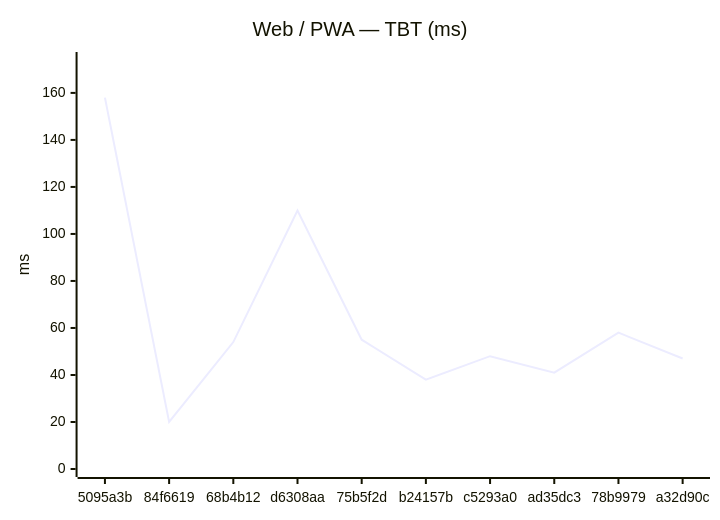
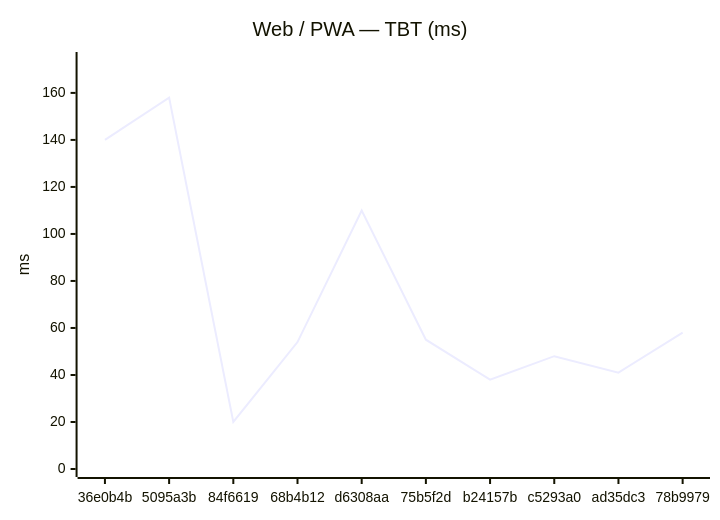
The second of 18 diagrams in benchmarks/compare.md (Metaheurist/Rianell), drawn with Mermaid before and after one commit. The commit also changed other lines of this file and 11 other files, not shown here.

````diff
--- a/benchmarks/compare.md
+++ b/benchmarks/compare.md
@@ -31,7 +31,7 @@
 ```mermaid
 xychart-beta
     title "Web / PWA — TBT (ms)"
-    x-axis ["5095a3b", "84f6619", "68b4b12", "d6308aa", "75b5f2d", "b24157b", "c5293a0", "ad35dc3", "78b9979", "a32d90c"]
+    x-axis ["36e0b4b", "5095a3b", "84f6619", "68b4b12", "d6308aa", "75b5f2d", "b24157b", "c5293a0", "ad35dc3", "78b9979"]
     y-axis "ms" 0 --> 174
-    line [158, 20, 54, 110, 55, 38, 48, 41, 58, 47]
+    line [140, 158, 20, 54, 110, 55, 38, 48, 41, 58]
 ```
````
